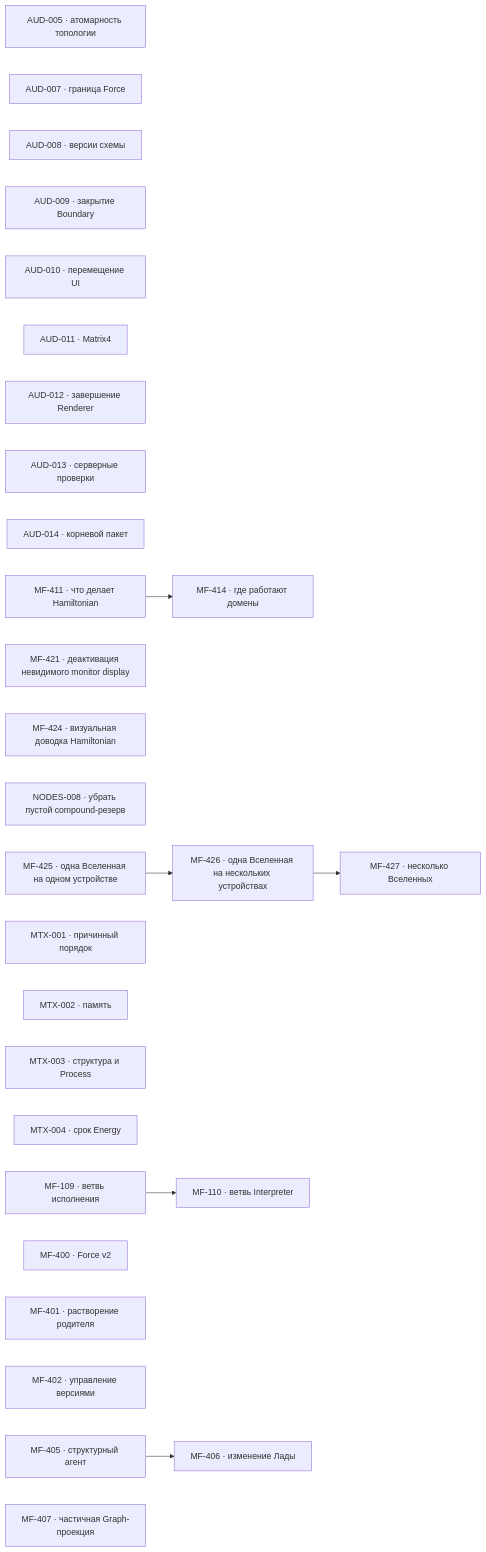
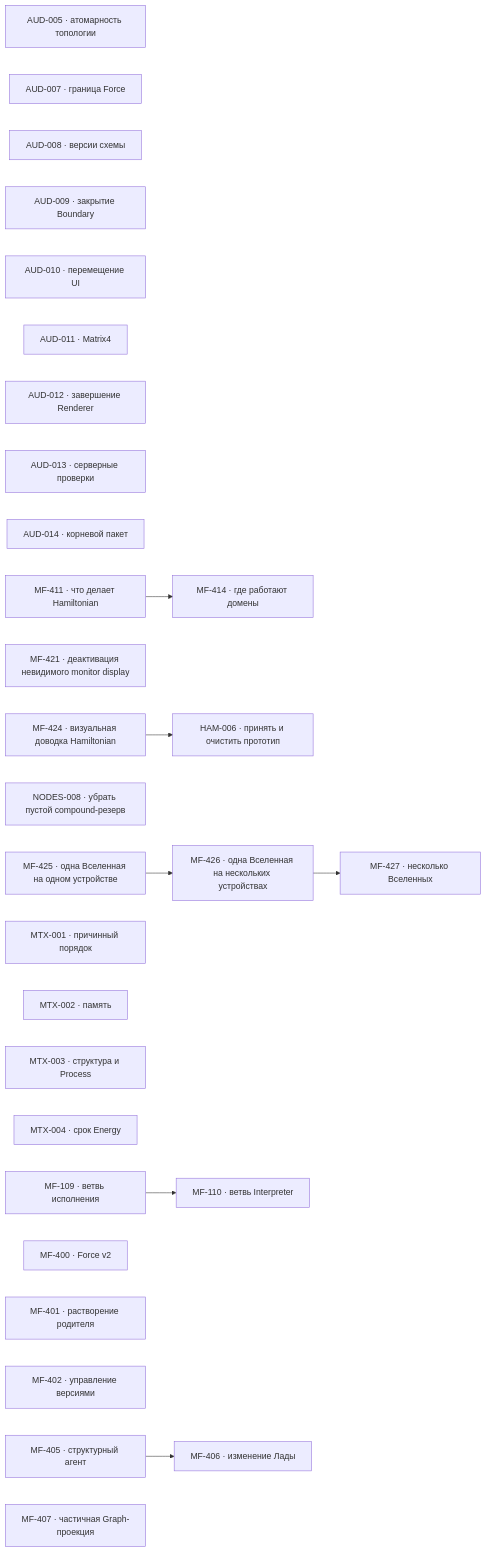
Before and after one commit to zavx0z/metafor: the diagram in project/TODO.md, drawn with Mermaid. The commit also changed other lines of this file and 2 other files, not shown here.

Commit message:
project(HAM-006): register prototype acceptance and cleanup

````diff
--- a/project/TODO.md
+++ b/project/TODO.md
@@ -13,37 +13,39 @@
 ```mermaid
 flowchart LR
     AUD005["AUD-005 · атомарность топологии"]
     AUD007["AUD-007 · граница Force"]
     AUD008["AUD-008 · версии схемы"]
     AUD009["AUD-009 · закрытие Boundary"]
     AUD010["AUD-010 · перемещение UI"]
     AUD011["AUD-011 · Matrix4"]
     AUD012["AUD-012 · завершение Renderer"]
     AUD013["AUD-013 · серверные проверки"]
     AUD014["AUD-014 · корневой пакет"]
     MF411["MF-411 · что делает Hamiltonian"]
     MF414["MF-414 · где работают домены"]
     MF421["MF-421 · деактивация невидимого monitor display"]
     MF424["MF-424 · визуальная доводка Hamiltonian"]
+    HAM006["HAM-006 · принять и очистить прототип"]
     NODES008["NODES-008 · убрать пустой compound-резерв"]
     MF425["MF-425 · одна Вселенная на одном устройстве"]
     MF426["MF-426 · одна Вселенная на нескольких устройствах"]
     MF427["MF-427 · несколько Вселенных"]
     MTX001["MTX-001 · причинный порядок"]
     MTX002["MTX-002 · память"]
     MTX003["MTX-003 · структура и Process"]
     MTX004["MTX-004 · срок Energy"]
     MF109["MF-109 · ветвь исполнения"]
     MF110["MF-110 · ветвь Interpreter"]
     MF400["MF-400 · Force v2"]
     MF401["MF-401 · растворение родителя"]
     MF402["MF-402 · управление версиями"]
     MF405["MF-405 · структурный агент"]
     MF406["MF-406 · изменение Лады"]
     MF407["MF-407 · частичная Graph-проекция"]
     MF109 --> MF110
     MF405 --> MF406
     MF411 --> MF414
+    MF424 --> HAM006
     MF425 --> MF426
     MF426 --> MF427
 ```
````
